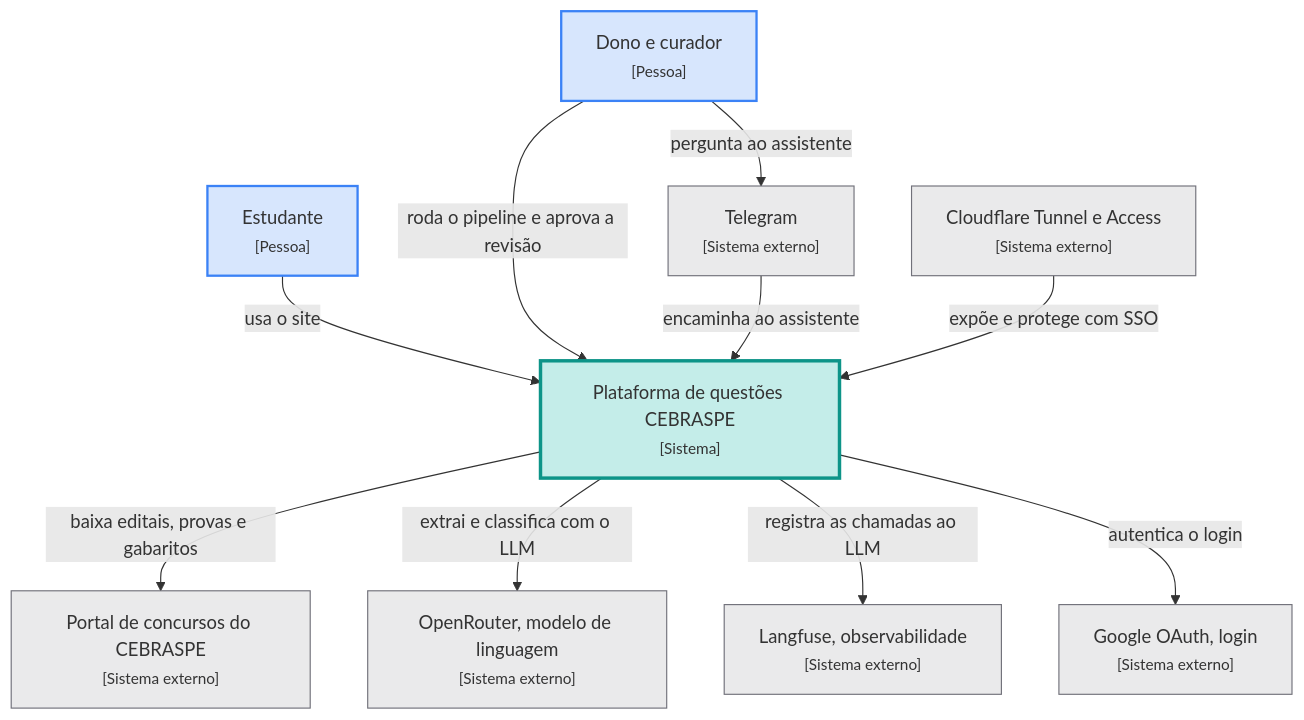
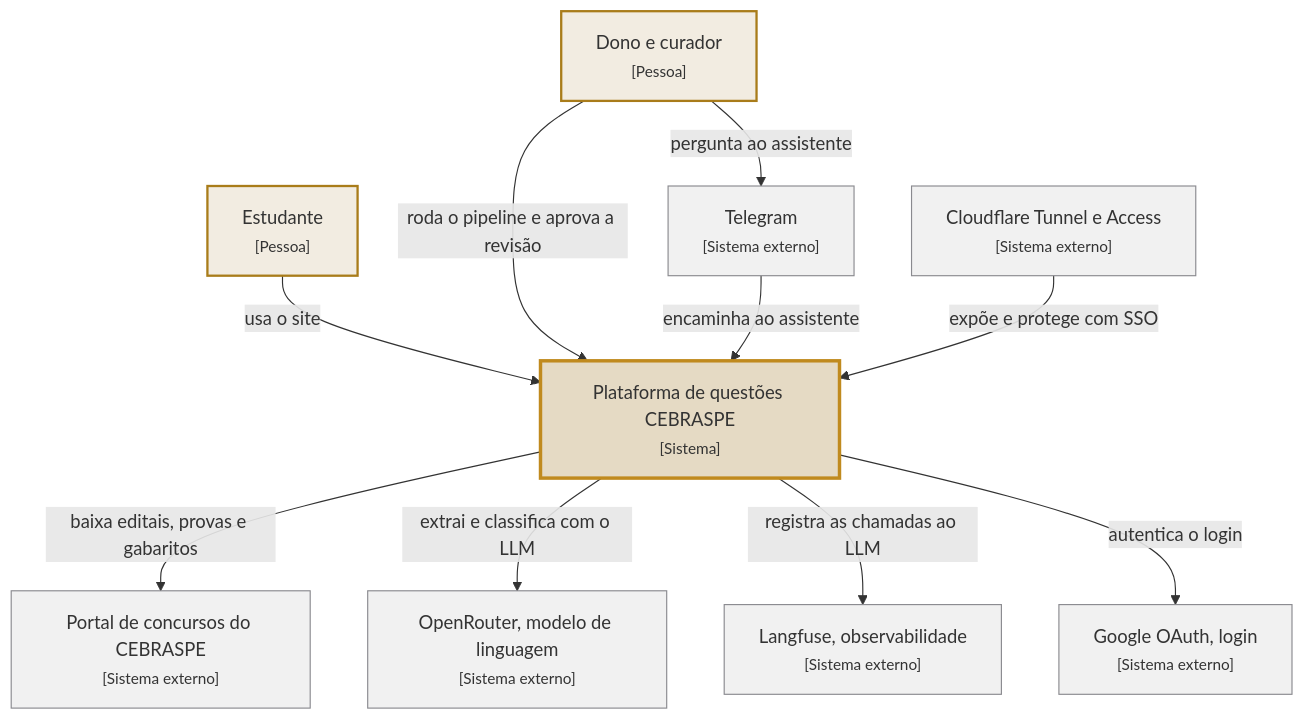
The first of 2 diagrams in docs/executivo/arquitetura.md (athosroque/scraper-cebraspe), drawn with Mermaid before and after one commit. The commit also changed other lines of this file and 14 other files, not shown here.

````diff
--- a/docs/executivo/arquitetura.md
+++ b/docs/executivo/arquitetura.md
@@ -11,27 +11,27 @@
 ```mermaid
 flowchart TB
     estudante["Estudante<br/><small>[Pessoa]</small>"]
     dono["Dono e curador<br/><small>[Pessoa]</small>"]
     sistema["Plataforma de questões CEBRASPE<br/><small>[Sistema]</small>"]
     cebraspe["Portal de concursos do CEBRASPE<br/><small>[Sistema externo]</small>"]
     openrouter["OpenRouter, modelo de linguagem<br/><small>[Sistema externo]</small>"]
     langfuse["Langfuse, observabilidade<br/><small>[Sistema externo]</small>"]
     google["Google OAuth, login<br/><small>[Sistema externo]</small>"]
     cloudflare["Cloudflare Tunnel e Access<br/><small>[Sistema externo]</small>"]
     telegram["Telegram<br/><small>[Sistema externo]</small>"]
     estudante -->|"usa o site"| sistema
     dono -->|"roda o pipeline e aprova a revisão"| sistema
     dono -->|"pergunta ao assistente"| telegram
     telegram -->|"encaminha ao assistente"| sistema
     sistema -->|"baixa editais, provas e gabaritos"| cebraspe
     sistema -->|"extrai e classifica com o LLM"| openrouter
     sistema -->|"registra as chamadas ao LLM"| langfuse
     sistema -->|"autentica o login"| google
     cloudflare -->|"expõe e protege com SSO"| sistema
-    classDef pessoa fill:#3b82f633,stroke:#3b82f6,stroke-width:2px
-    classDef sistemaPrincipal fill:#14b8a640,stroke:#0d9488,stroke-width:3px
-    classDef externo fill:#71717a26,stroke:#71717a
+    classDef pessoa fill:#92670a1f,stroke:#a97c1a,stroke-width:2px
+    classDef sistemaPrincipal fill:#92670a3d,stroke:#c08a1e,stroke-width:3px
+    classDef externo fill:#8a8a8f1f,stroke:#8a8a8f
     class estudante,dono pessoa
     class sistema sistemaPrincipal
     class cebraspe,openrouter,langfuse,google,cloudflare,telegram externo
 ```
````
